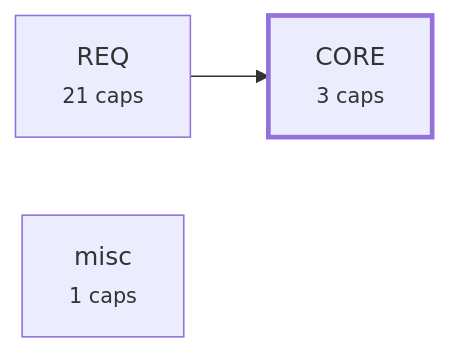
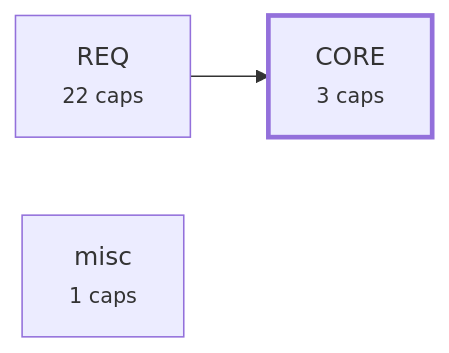
The third of 4 diagrams in plugin/requirements/_map.md (alxmax/Requirement-manager), drawn with Mermaid before and after one commit. The commit also changed other lines of this file and 10 other files, not shown here.

````diff
--- a/plugin/requirements/_map.md
+++ b/plugin/requirements/_map.md
@@ -197,8 +203,8 @@
 ```mermaid
 graph LR
   a_CORE["CORE<br><small>3 caps</small>"]
-  a_REQ["REQ<br><small>21 caps</small>"]
+  a_REQ["REQ<br><small>22 caps</small>"]
   a_misc["misc<br><small>1 caps</small>"]
   a_REQ --> a_CORE
   style a_CORE stroke-width:3px
 ```
````
